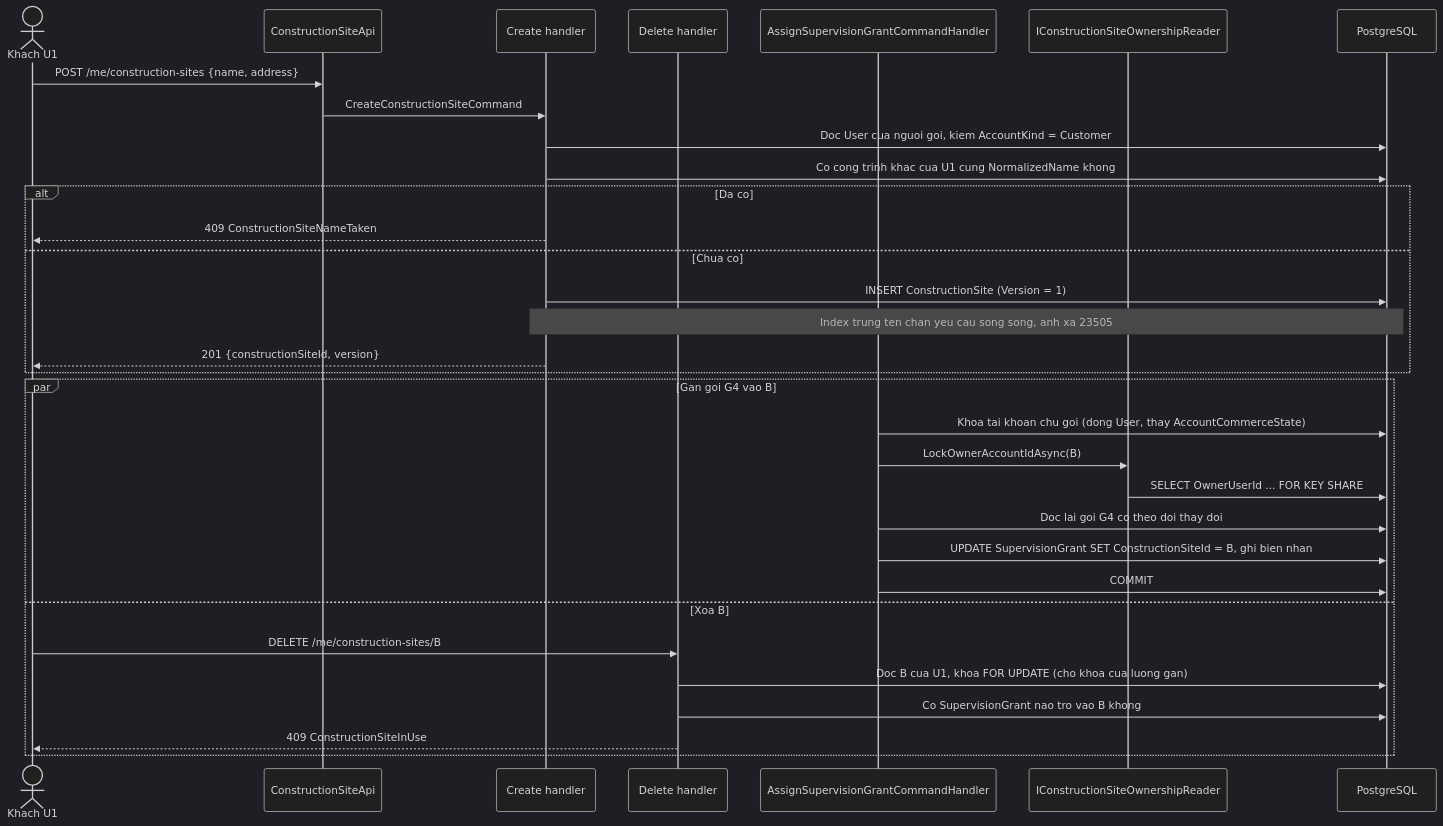
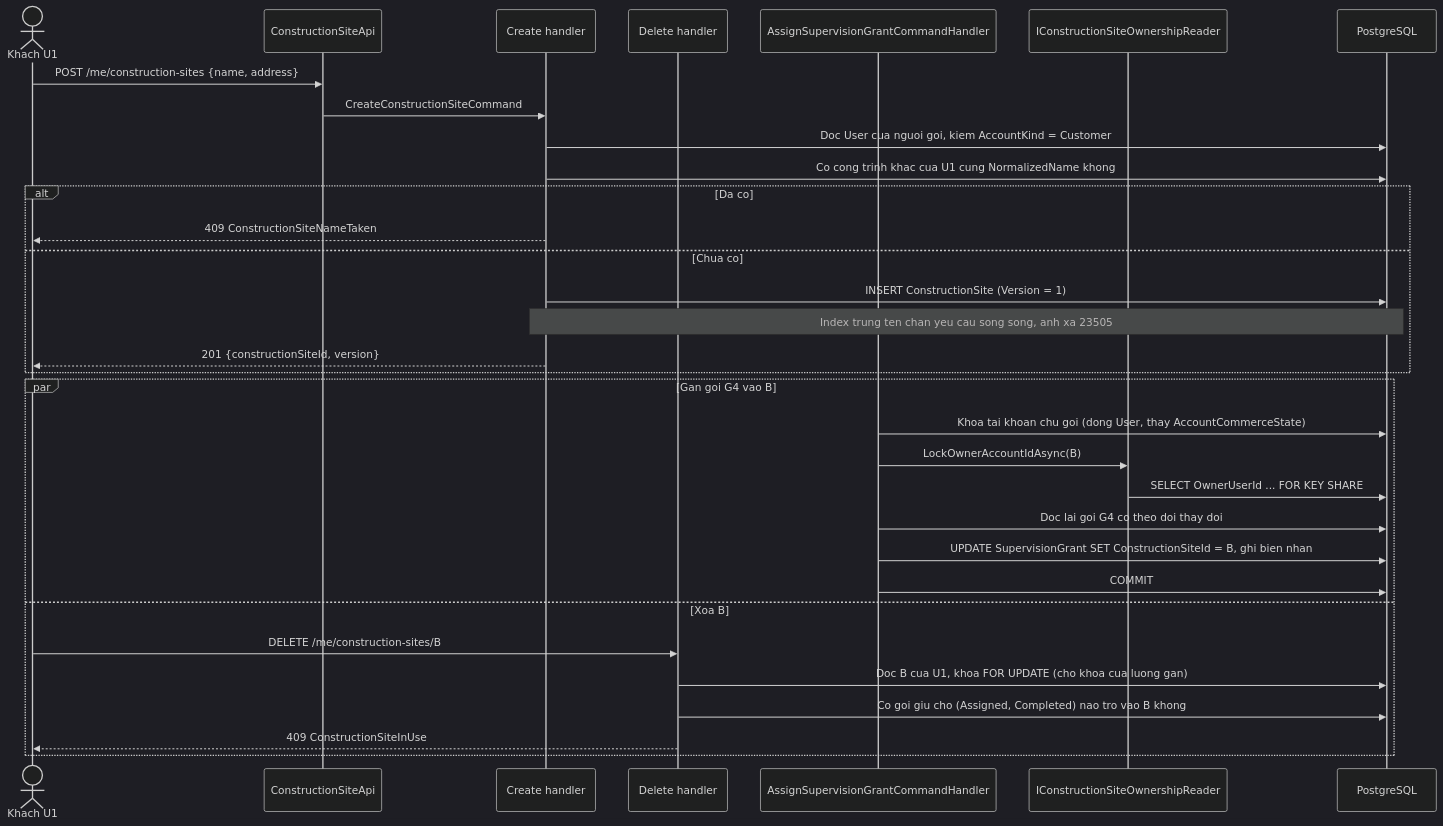
Before and after one commit to TaskCoper/bmt-documentation: the second of 5 diagrams in tdd/TDD-SITE-001.md, drawn with Mermaid (dark theme). The commit also changed other lines of this file and 190 other files, not shown here.

````diff
--- a/tdd/TDD-SITE-001.md
+++ b/tdd/TDD-SITE-001.md
@@ -305,36 +362,36 @@
 ```mermaid
 sequenceDiagram
     actor KH as Khach U1
     participant API as ConstructionSiteApi
     participant CH as Create handler
     participant DH as Delete handler
     participant GA as AssignSupervisionGrantCommandHandler
     participant OR as IConstructionSiteOwnershipReader
     participant PG as PostgreSQL
 
     KH->>API: POST /me/construction-sites {name, address}
     API->>CH: CreateConstructionSiteCommand
     CH->>PG: Doc User cua nguoi goi, kiem AccountKind = Customer
     CH->>PG: Co cong trinh khac cua U1 cung NormalizedName khong
     alt Da co
         CH-->>KH: 409 ConstructionSiteNameTaken
     else Chua co
         CH->>PG: INSERT ConstructionSite (Version = 1)
         Note over CH,PG: Index trung ten chan yeu cau song song, anh xa 23505
         CH-->>KH: 201 {constructionSiteId, version}
     end
 
     par Gan goi G4 vao B
         GA->>PG: Khoa tai khoan chu goi (dong User, thay AccountCommerceState)
         GA->>OR: LockOwnerAccountIdAsync(B)
         OR->>PG: SELECT OwnerUserId ... FOR KEY SHARE
         GA->>PG: Doc lai goi G4 co theo doi thay doi
         GA->>PG: UPDATE SupervisionGrant SET ConstructionSiteId = B, ghi bien nhan
         GA->>PG: COMMIT
     and Xoa B
         KH->>DH: DELETE /me/construction-sites/B
         DH->>PG: Doc B cua U1, khoa FOR UPDATE (cho khoa cua luong gan)
-        DH->>PG: Co SupervisionGrant nao tro vao B khong
+        DH->>PG: Co goi giu cho (Assigned, Completed) nao tro vao B khong
         DH-->>KH: 409 ConstructionSiteInUse
     end
 ```
````
